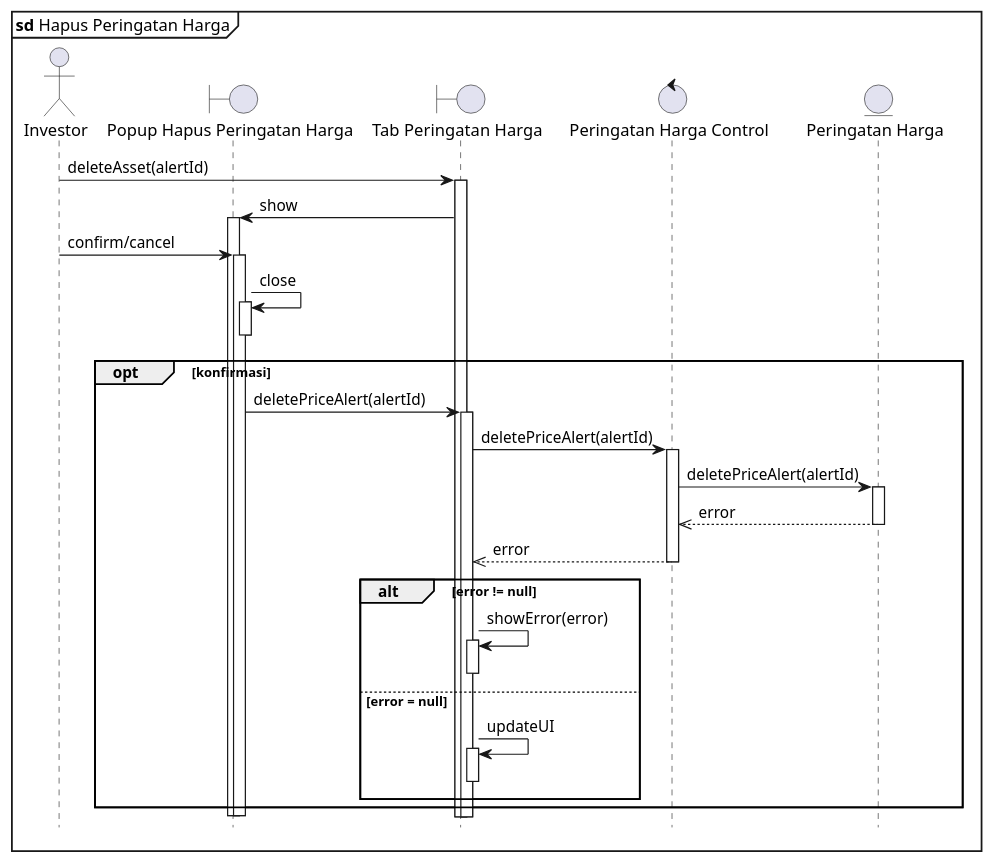
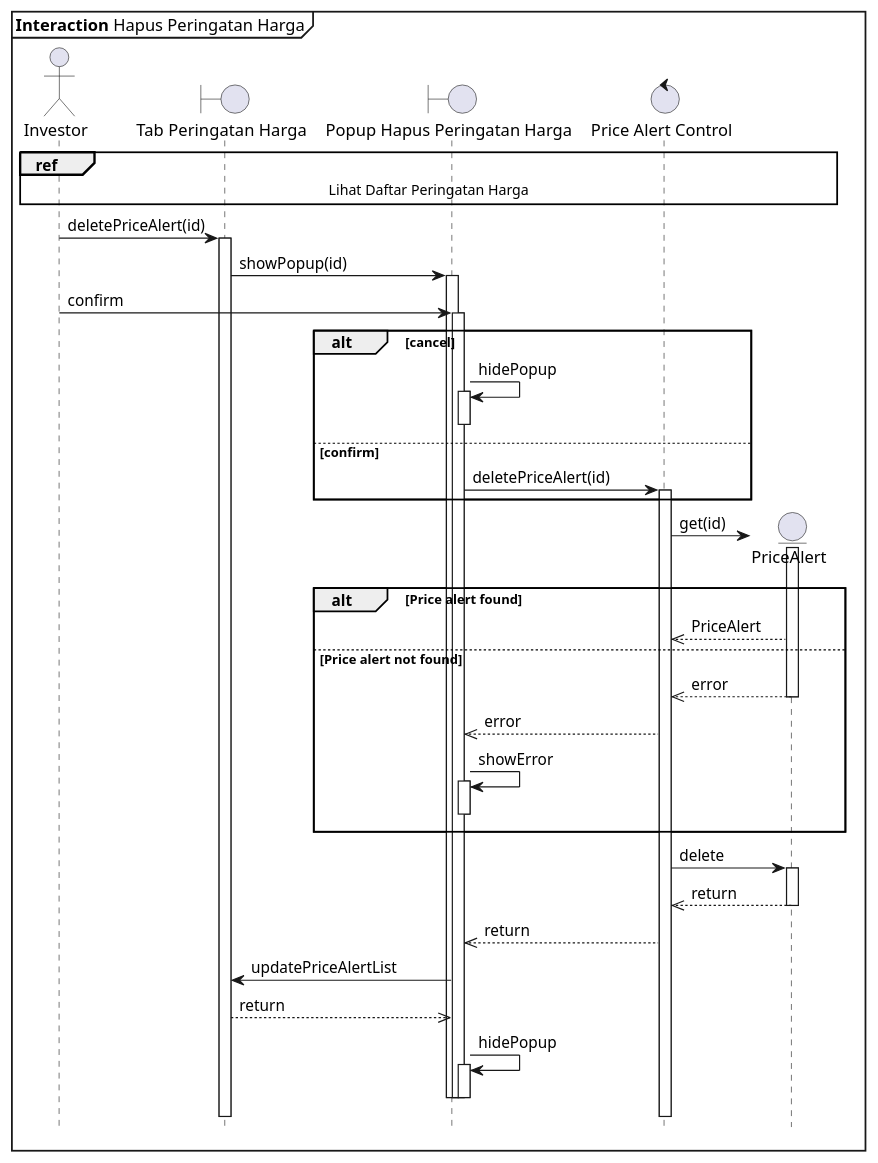
The diagram in sequence/hapus-peringatan-harga.puml (clarestarahma/manajemen-investasi), drawn with PlantUML before and after one commit. The commit also changed 19 other files, not shown here.

```diff
--- a/sequence/hapus-peringatan-harga.puml
+++ b/sequence/hapus-peringatan-harga.puml
@@ -1,45 +1,68 @@
 @startuml Sequence
 
 skinparam maxMessageSize 250
 
 hide footbox
-autoactivate on
 
-mainframe **sd** Hapus Peringatan Harga
+mainframe **Interaction** Hapus Peringatan Harga
 
 actor Investor as I
+boundary "Tab Peringatan Harga" as TPH
 boundary "Popup Hapus Peringatan Harga" as PHPH
-boundary "Tab Peringatan Harga" as TPH
-control "Peringatan Harga Control" as PHC
-entity "Peringatan Harga" as PH
+control "Price Alert Control" as PAC
+entity "PriceAlert" as PA
 
-I -> TPH : deleteAsset(alertId)
-TPH -> PHPH : show
+ref over I, PA : Lihat Daftar Peringatan Harga
 
-I -> PHPH : confirm/cancel
+I -> TPH : deletePriceAlert(id)
+activate TPH
 
-PHPH -> PHPH : close
-deactivate PHPH
+TPH -> PHPH : showPopup(id)
+activate PHPH
 
-opt konfirmasi
-  PHPH -> TPH : deletePriceAlert(alertId)
-  TPH -> PHC : deletePriceAlert(alertId)
-  PHC -> PH : deletePriceAlert(alertId)
-  PH -->> PHC : error
-  PHC -->> TPH : error
+I -> PHPH : confirm
+activate PHPH
 
-  alt error != null
-    TPH -> TPH : showError(error)
-    deactivate TPH
-  else error = null
-    TPH -> TPH : updateUI
-    deactivate TPH
-  end
+alt cancel
+  PHPH -> PHPH : hidePopup
+  activate PHPH
+  deactivate PHPH
+else confirm
+  PHPH -> PAC : deletePriceAlert(id)
+  activate PAC
 end
 
+  PAC -> PA ** : get(id)
+  activate PA
+
+  alt Price alert found
+    PA -->> PAC : PriceAlert
+  else Price alert not found
+    PA -->> PAC : error
+    deactivate PA
+    PAC -->> PHPH : error
+    PHPH -> PHPH : showError
+    activate PHPH
+    deactivate PHPH
+  end
+
+  PAC -> PA : delete
+  activate PA
+
+  PA -->> PAC : return
+  deactivate PA
+
+  PAC -->> PHPH : return
+
+  PHPH -> TPH : updatePriceAlertList
+  TPH -->> PHPH : return
+
+PHPH -> PHPH : hidePopup
+activate PHPH
+deactivate PHPH
 deactivate PHPH
 deactivate PHPH
 
 
 
 @enduml
```
